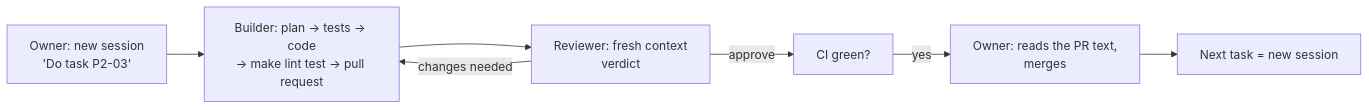
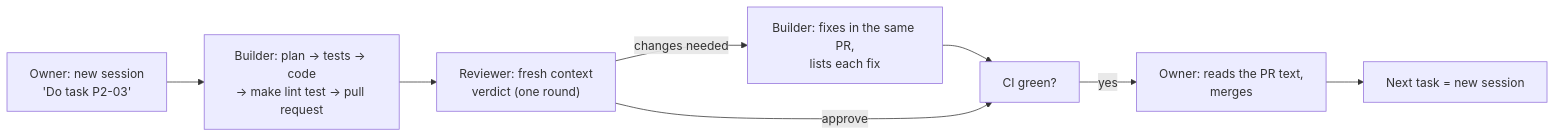
Before and after one commit to nauorama/ai-support-hub: the diagram in docs/build-process.md, drawn with Mermaid. The commit also changed other lines of this file and 11 other files, not shown here.

First line of the commit message:
docs(adr): ADR-0019 scope cuts - no phase 9, one review round, Jira and Slack as mocks (#27)

````diff
--- a/docs/build-process.md
+++ b/docs/build-process.md
@@ -42,9 +42,10 @@
 ```mermaid
 flowchart LR
     a["Owner: new session<br/>'Do task P2-03'"] --> b["Builder: plan → tests → code<br/>→ make lint test → pull request"]
-    b --> c["Reviewer: fresh context<br/>verdict"]
-    c -- "changes needed" --> b
+    b --> c["Reviewer: fresh context<br/>verdict (one round)"]
+    c -- "changes needed" --> g["Builder: fixes in the same PR,<br/>lists each fix"]
+    g --> d
     c -- "approve" --> d["CI green?"]
     d -- "yes" --> e["Owner: reads the PR text,<br/>merges"]
     e --> f["Next task = new session"]
 ```
````
